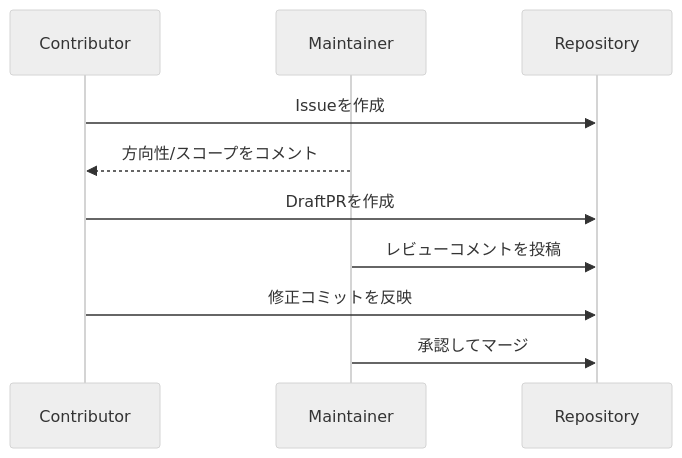
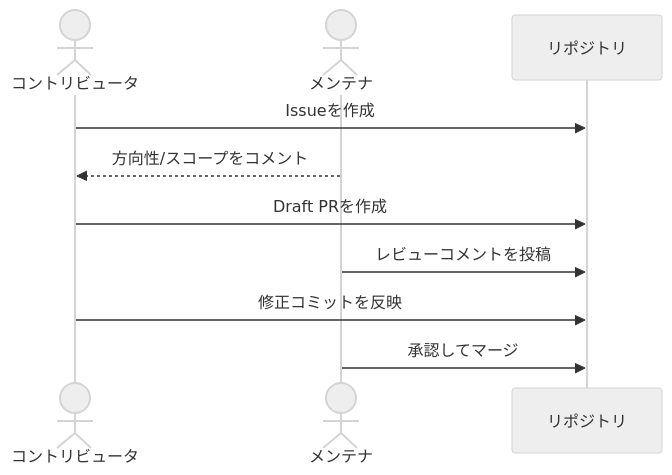
One commit to shioki/requirements-to-spec-template changed the second of 2 diagrams in CONTRIBUTING.md. Above: the diagram before and after it, drawn with Mermaid (neutral theme). The commit also changed other lines of this file and 12 other files, not shown here.

````diff
--- a/CONTRIBUTING.md
+++ b/CONTRIBUTING.md
@@ -27,13 +27,13 @@
 ```mermaid
 sequenceDiagram
-  participant Contributor as Contributor
-  participant Maintainer as Maintainer
-  participant Repo as Repository
+  actor Contributor as コントリビュータ
+  actor Maintainer as メンテナ
+  participant Repo as リポジトリ
 
   Contributor->>Repo: Issueを作成
   Maintainer-->>Contributor: 方向性/スコープをコメント
-  Contributor->>Repo: DraftPRを作成
+  Contributor->>Repo: Draft PRを作成
   Maintainer->>Repo: レビューコメントを投稿
   Contributor->>Repo: 修正コミットを反映
   Maintainer->>Repo: 承認してマージ
 ```
````
